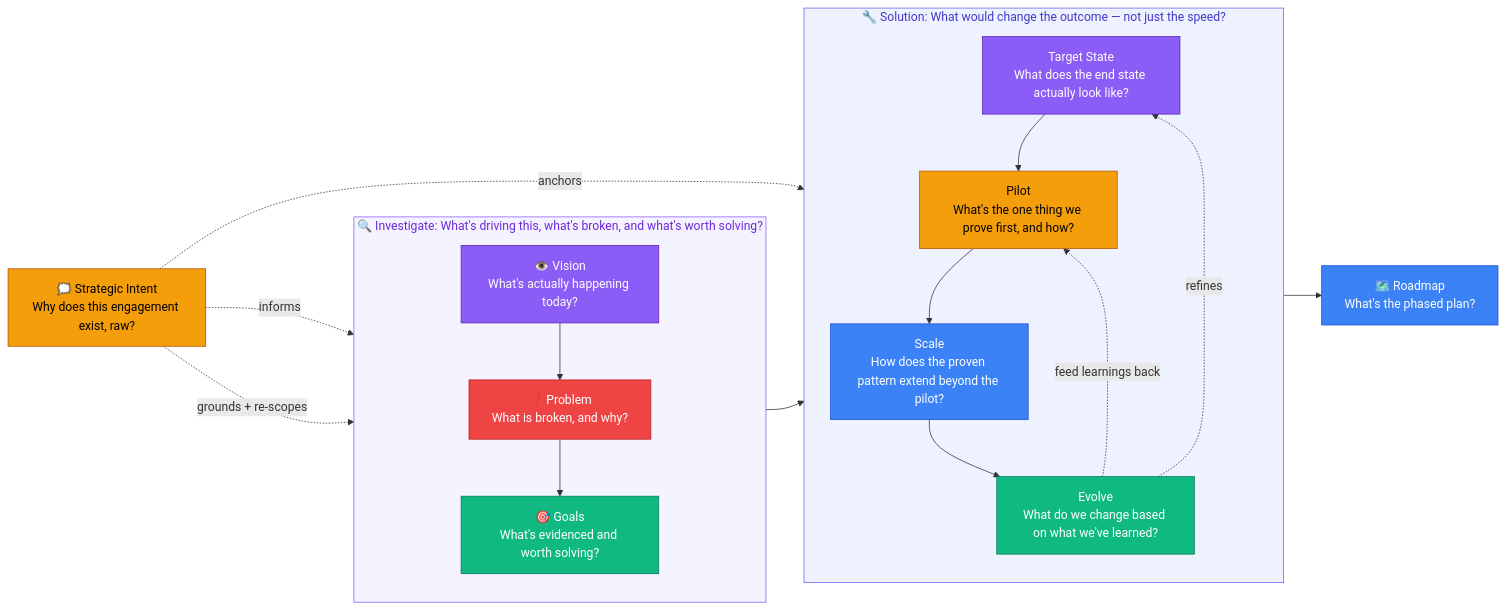
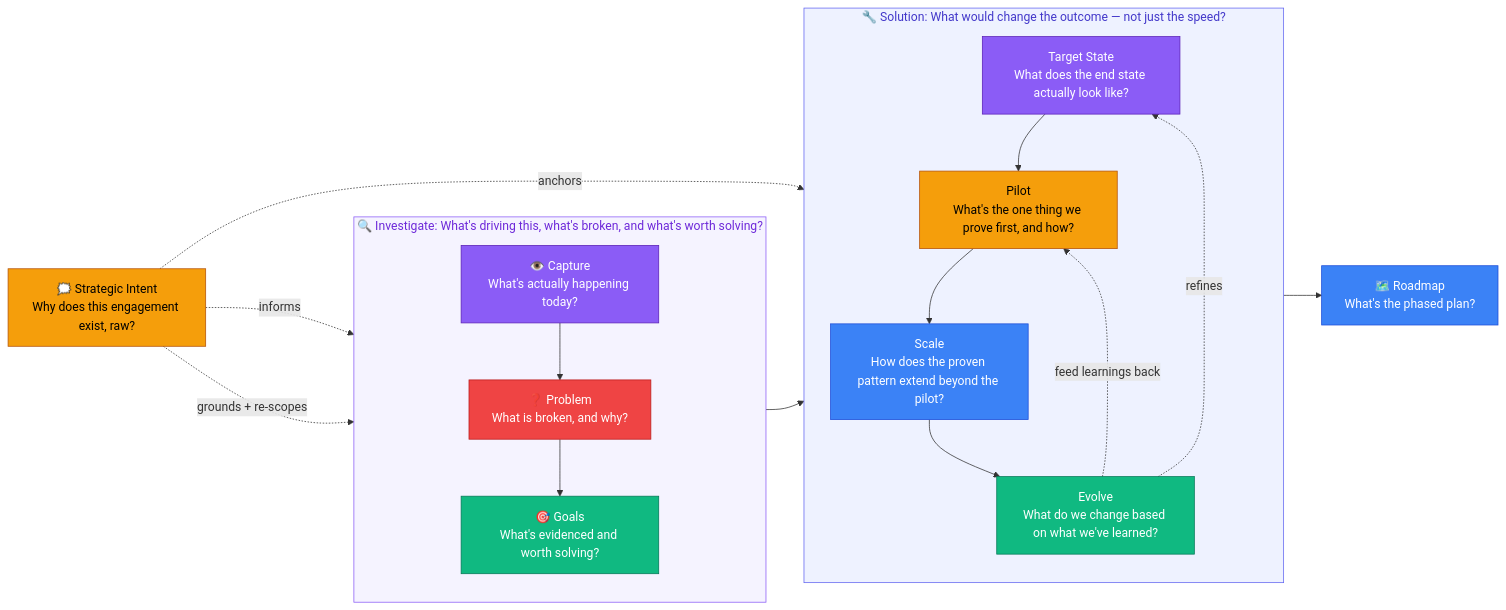
One commit to DataArt/adlc-discovery-tool changed the diagram in docs/AI SDLC/01 Process/01 Overview.md. Above: the diagram before and after it, drawn with Mermaid. The commit also changed other lines of this file and 79 other files, not shown here.

Commit message:
docs(process): rename Vision stage to Capture throughout AI SDLC

````diff
--- a/docs/AI SDLC/01 Process/01 Overview.md
+++ b/docs/AI SDLC/01 Process/01 Overview.md
@@ -15,53 +15,53 @@
 ```mermaid
 flowchart LR
     IN["🗯️ Strategic Intent\nWhy does this engagement exist, raw?"]
 
     subgraph InvestigateGroup["🔍 Investigate: What's driving this, what's broken, and what's worth solving?"]
         direction TB
         G["🎯 Goals\nWhat's evidenced and worth solving?"]
-        V["👁️ Vision\nWhat's actually happening today?"]
+        C["👁️ Capture\nWhat's actually happening today?"]
         P["❓ Problem\nWhat is broken, and why?"]
-        V --> P --> G
+        C --> P --> G
     end
 
     subgraph SolutionGroup["🔧 Solution: What would change the outcome — not just the speed?"]
         direction TB
         TSt["Target State\nWhat does the end state actually look like?"]
         Pi["Pilot\nWhat's the one thing we prove first, and how?"]
         Sc["Scale\nHow does the proven pattern extend beyond the pilot?"]
         Ev["Evolve\nWhat do we change based on what we've learned?"]
         TSt --> Pi --> Sc --> Ev
         Ev -.->|"feed learnings back"| Pi
         Ev -.->|"refines"| TSt
     end
 
     R["🗺️ Roadmap\nWhat's the phased plan?"]
 
-    IN -.->|"informs"| V
+    IN -.->|"informs"| C
     IN -.->|"grounds + re-scopes"| G
     IN -.->|"anchors"| TSt
     InvestigateGroup --> SolutionGroup --> R
 
     classDef intent fill:#F59E0B,stroke:#B45309,color:#000
-    classDef vision fill:#8B5CF6,stroke:#5B21B6,color:#fff
+    classDef capture fill:#8B5CF6,stroke:#5B21B6,color:#fff
     classDef problem fill:#EF4444,stroke:#B91C1C,color:#fff
     classDef goals fill:#10B981,stroke:#047857,color:#fff
     classDef target fill:#8B5CF6,stroke:#5B21B6,color:#fff
     classDef pilot fill:#F59E0B,stroke:#B45309,color:#000
     classDef scale fill:#3B82F6,stroke:#1D4ED8,color:#fff
     classDef evolve fill:#10B981,stroke:#047857,color:#fff
     classDef roadmap fill:#3B82F6,stroke:#1D4ED8,color:#fff
 
     class IN intent
-    class V vision
+    class C capture
     class P problem
     class G goals
     class TSt target
     class Pi pilot
     class Sc scale
     class Ev evolve
     class R roadmap
 
     style InvestigateGroup fill:#F5F3FF,stroke:#8B5CF6,color:#6D28D9
     style SolutionGroup fill:#EEF2FF,stroke:#6366F1,color:#4338CA
 ```
````
